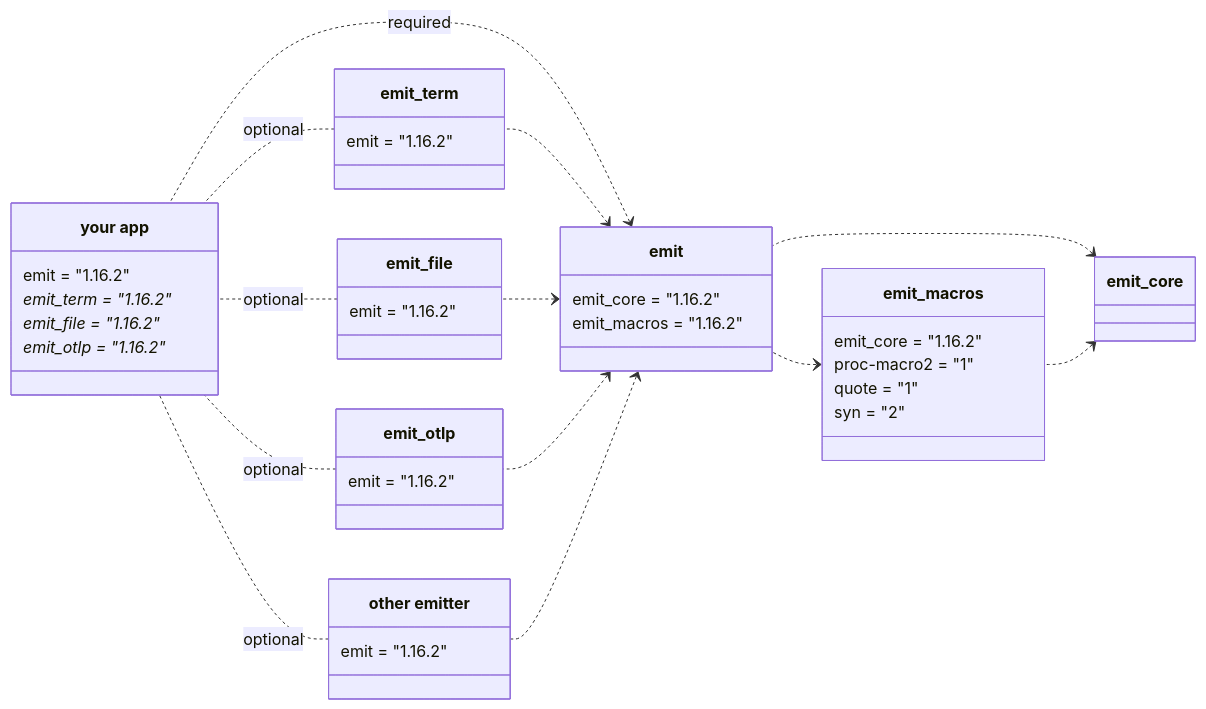
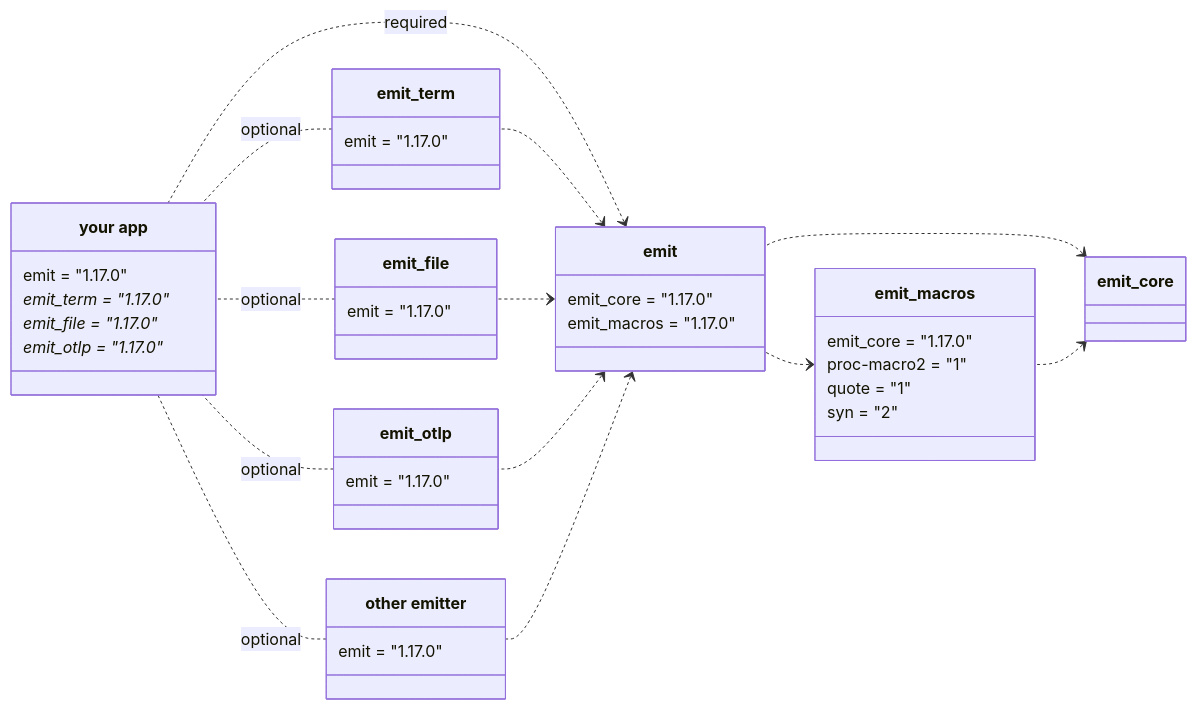
The first of 5 diagrams in book/src/reference/architecture.md (emit-rs/emit), drawn with Mermaid before and after one commit. The commit also changed other lines of this file and 67 other files, not shown here.

````diff
--- a/book/src/reference/architecture.md
+++ b/book/src/reference/architecture.md
@@ -9,62 +9,62 @@
 ```mermaid
 classDiagram
     direction RL
     
     emit_core <.. emit_macros
     emit_core <.. emit
     emit_macros <.. emit
 
     class emit_macros {
-        emit_core = "1.16.2"
+        emit_core = "1.17.0"
         proc-macro2 = "1"
         quote = "1"
         syn = "2"
     }
 
     emit <.. emit_term
     emit <.. emit_file
     emit <.. emit_otlp
     emit <.. emit_custom
 
     emit <.. app : required
 
     class emit {
-        emit_core = "1.16.2"
-        emit_macros = "1.16.2"
+        emit_core = "1.17.0"
+        emit_macros = "1.17.0"
     }
 
     emit_term .. app : optional
     emit_file .. app : optional
     emit_otlp .. app : optional
     emit_custom .. app : optional
 
     class emit_term {
-        emit = "1.16.2"
+        emit = "1.17.0"
     }
 
     class emit_file {
-        emit = "1.16.2"
+        emit = "1.17.0"
     }
 
     class emit_otlp {
-        emit = "1.16.2"
+        emit = "1.17.0"
     }
 
     class emit_custom["other emitter"] {
-        emit = "1.16.2"
+        emit = "1.17.0"
     }
 
     class app["your app"] {
-        emit = "1.16.2"
-        emit_term = "1.16.2"*
-        emit_file = "1.16.2"*
-        emit_otlp = "1.16.2"*
+        emit = "1.17.0"
+        emit_term = "1.17.0"*
+        emit_file = "1.17.0"*
+        emit_otlp = "1.17.0"*
     }
 
-    click emit_core href "https://docs.rs/emit_core/1.16.2/emit_core/index.html"
-    click emit_macros href "https://docs.rs/emit_macros/1.16.2/emit_macros/index.html"
-    click emit href "https://docs.rs/emit/1.16.2/emit/index.html"
-    click emit_term href "https://docs.rs/emit_term/1.16.2/emit_term/index.html"
-    click emit_file href "https://docs.rs/emit_file/1.16.2/emit_file/index.html"
-    click emit_otlp href "https://docs.rs/emit_otlp/1.16.2/emit_otlp/index.html"
+    click emit_core href "https://docs.rs/emit_core/1.17.0/emit_core/index.html"
+    click emit_macros href "https://docs.rs/emit_macros/1.17.0/emit_macros/index.html"
+    click emit href "https://docs.rs/emit/1.17.0/emit/index.html"
+    click emit_term href "https://docs.rs/emit_term/1.17.0/emit_term/index.html"
+    click emit_file href "https://docs.rs/emit_file/1.17.0/emit_file/index.html"
+    click emit_otlp href "https://docs.rs/emit_otlp/1.17.0/emit_otlp/index.html"
 ```
````
